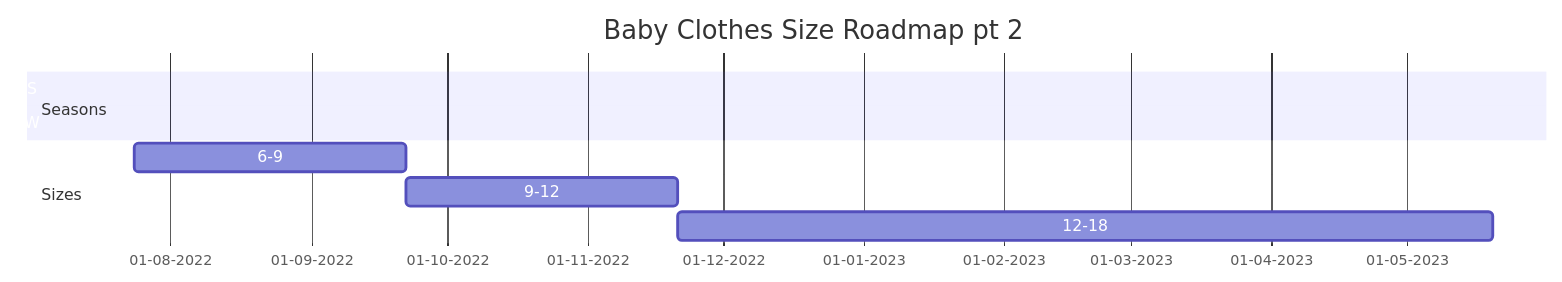
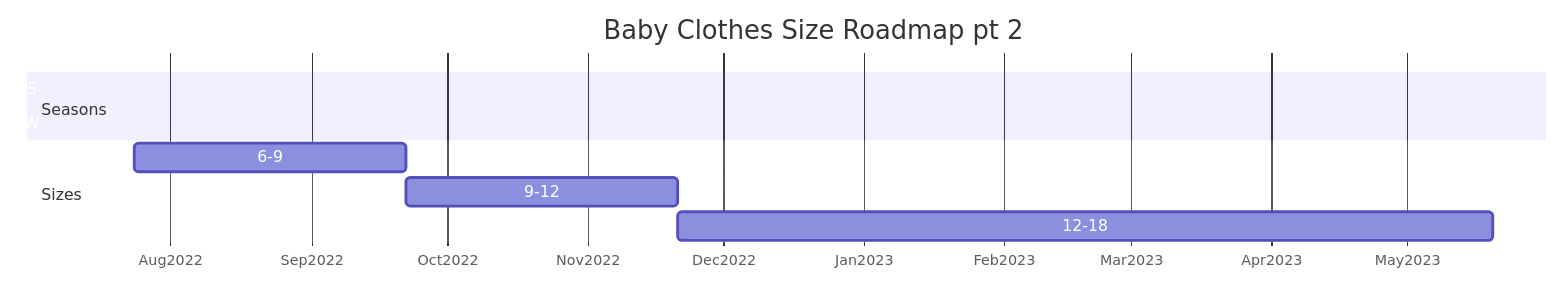
One commit to jnunoferreira/babythings changed the third of 3 diagrams in docs/babyclothes.md. Above: the diagram before and after it, drawn with Mermaid. The commit also changed other lines of this file, not shown here.

````diff
--- a/docs/babyclothes.md
+++ b/docs/babyclothes.md
@@ -48,16 +49,16 @@
 ```mermaid
 gantt
     title Baby Clothes Size Roadmap pt 2
     todayMarker off
     dateFormat  DD-MM-YYYY
-    axisFormat  %d-%m-%Y
+    axisFormat  %b%Y
     section Seasons
     SS           :prim1, after inv1  , 180d
     AW           :after prim1, 180d
     section Sizes
 
     6-9           :a5, after a4, 60d
     9-12           :a6, after a5, 60d
     12-18           :a7, after a6, 180d
     
 ```
````
